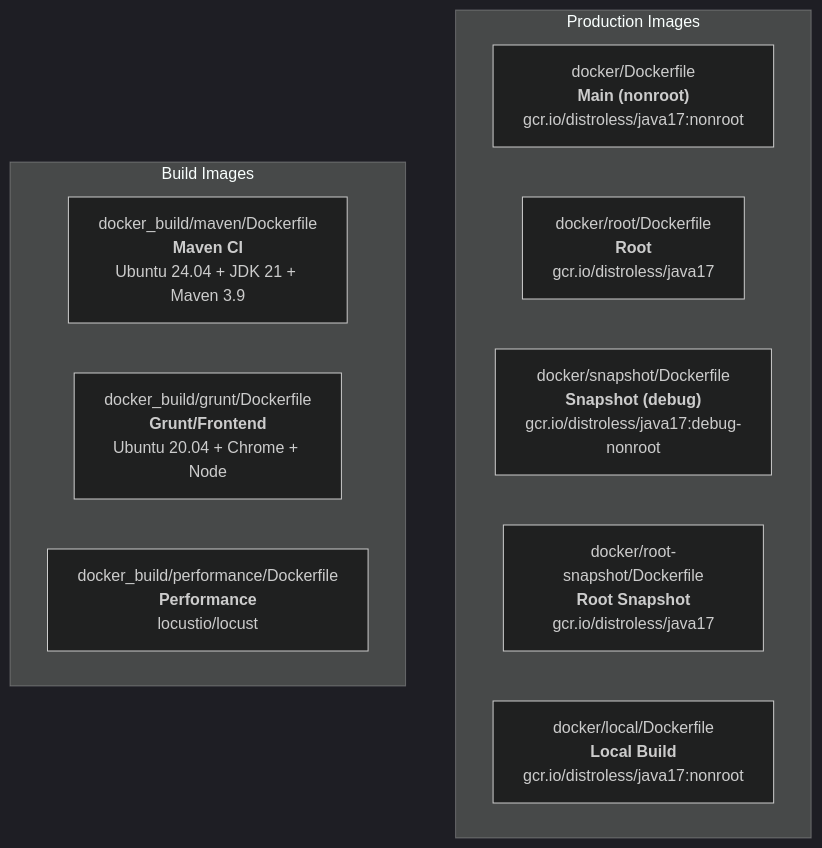
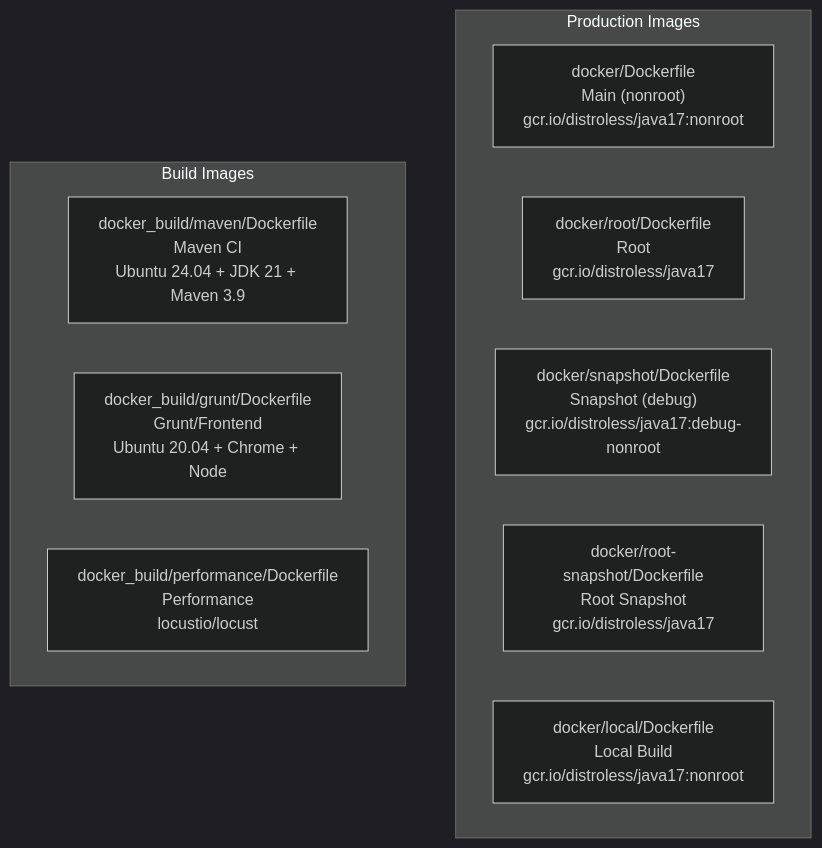
Before and after one commit to mock-server/mockserver: the first of 3 diagrams in docs/infrastructure/docker.md, drawn with Mermaid (dark theme). The commit also changed other lines of this file and 21 other files, not shown here.

First line of the commit message:
fix(docs): remove HTML tags from Mermaid diagrams to fix GitHub rendering

````diff
--- a/docs/infrastructure/docker.md
+++ b/docs/infrastructure/docker.md
@@ -7,16 +7,32 @@
 ```mermaid
 graph TB
     subgraph "Production Images"
-        MAIN["docker/Dockerfile<br/><b>Main (nonroot)</b><br/>gcr.io/distroless/java17:nonroot"]
-        ROOT["docker/root/Dockerfile<br/><b>Root</b><br/>gcr.io/distroless/java17"]
-        SNAP["docker/snapshot/Dockerfile<br/><b>Snapshot (debug)</b><br/>gcr.io/distroless/java17:debug-nonroot"]
-        RSNAP["docker/root-snapshot/Dockerfile<br/><b>Root Snapshot</b><br/>gcr.io/distroless/java17"]
-        LOCAL["docker/local/Dockerfile<br/><b>Local Build</b><br/>gcr.io/distroless/java17:nonroot"]
+        MAIN["docker/Dockerfile
+Main (nonroot)
+gcr.io/distroless/java17:nonroot"]
+        ROOT["docker/root/Dockerfile
+Root
+gcr.io/distroless/java17"]
+        SNAP["docker/snapshot/Dockerfile
+Snapshot (debug)
+gcr.io/distroless/java17:debug-nonroot"]
+        RSNAP["docker/root-snapshot/Dockerfile
+Root Snapshot
+gcr.io/distroless/java17"]
+        LOCAL["docker/local/Dockerfile
+Local Build
+gcr.io/distroless/java17:nonroot"]
     end
 
     subgraph "Build Images"
-        MVN["docker_build/maven/Dockerfile<br/><b>Maven CI</b><br/>Ubuntu 24.04 + JDK 21 + Maven 3.9"]
-        GRUNT["docker_build/grunt/Dockerfile<br/><b>Grunt/Frontend</b><br/>Ubuntu 20.04 + Chrome + Node"]
-        PERF["docker_build/performance/Dockerfile<br/><b>Performance</b><br/>locustio/locust"]
+        MVN["docker_build/maven/Dockerfile
+Maven CI
+Ubuntu 24.04 + JDK 21 + Maven 3.9"]
+        GRUNT["docker_build/grunt/Dockerfile
+Grunt/Frontend
+Ubuntu 20.04 + Chrome + Node"]
+        PERF["docker_build/performance/Dockerfile
+Performance
+locustio/locust"]
     end
 ```
````
